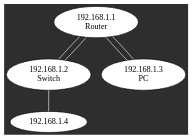
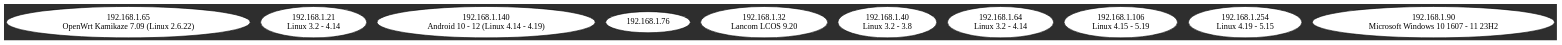
One commit to Traygueur/net_map changed the diagram in Net_map/network.dot. Above: the diagram before and after it, drawn with Graphviz. The commit also changed 25 other files, not shown here.

Commit message:
progress bar, affichage des appareils version graph et tableau

```diff
--- a/Net_map/network.dot
+++ b/Net_map/network.dot
@@ -1,10 +1,12 @@
 graph Network {
-bgcolor="#2E2E2E"; node [style=filled, fillcolor="white", fontcolor="black", color="black"]; edge [color="white"]; dpi=72; ratio=expand;   "192.168.1.1" [label="192.168.1.1\nRouter"];
-  "192.168.1.1" -- "192.168.1.2";
-  "192.168.1.1" -- "192.168.1.3";
-  "192.168.1.2" [label="192.168.1.2\nSwitch"];
-  "192.168.1.2" -- "192.168.1.1";
-  "192.168.1.2" -- "192.168.1.4";
-  "192.168.1.3" [label="192.168.1.3\nPC"];
-  "192.168.1.3" -- "192.168.1.1";
+bgcolor="#2E2E2E"; node [style=filled, fillcolor="white", fontcolor="black", color="black"]; edge [color="white"] ;ratio=expand;   "192.168.1.65" [label="192.168.1.65\nOpenWrt Kamikaze 7.09 (Linux 2.6.22)"];
+  "192.168.1.21" [label="192.168.1.21\nLinux 3.2 - 4.14"];
+  "192.168.1.140" [label="192.168.1.140\nAndroid 10 - 12 (Linux 4.14 - 4.19)"];
+  "192.168.1.76" [label="192.168.1.76\n"];
+  "192.168.1.32" [label="192.168.1.32\nLancom LCOS 9.20"];
+  "192.168.1.40" [label="192.168.1.40\nLinux 3.2 - 3.8"];
+  "192.168.1.64" [label="192.168.1.64\nLinux 3.2 - 4.14"];
+  "192.168.1.106" [label="192.168.1.106\nLinux 4.15 - 5.19"];
+  "192.168.1.254" [label="192.168.1.254\nLinux 4.19 - 5.15"];
+  "192.168.1.90" [label="192.168.1.90\nMicrosoft Windows 10 1607 - 11 23H2"];
 }
```
